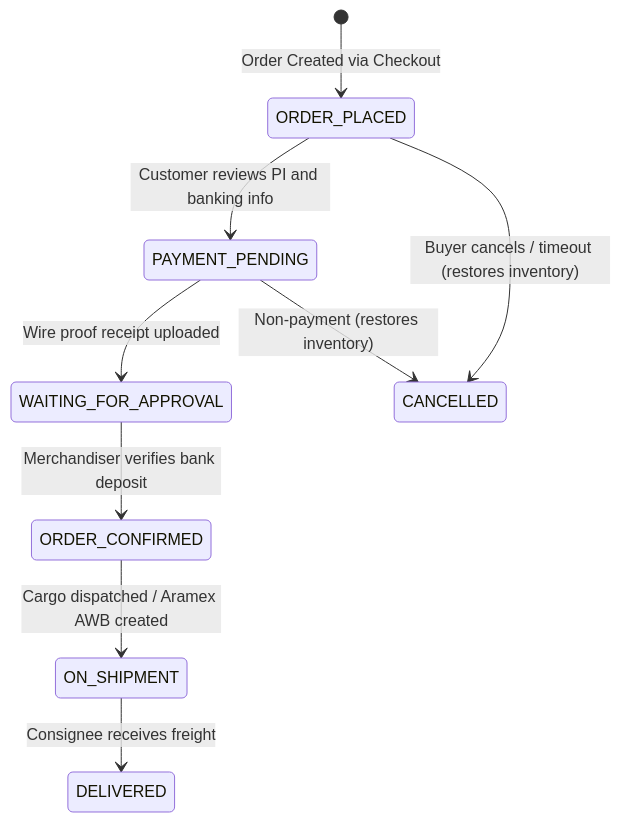
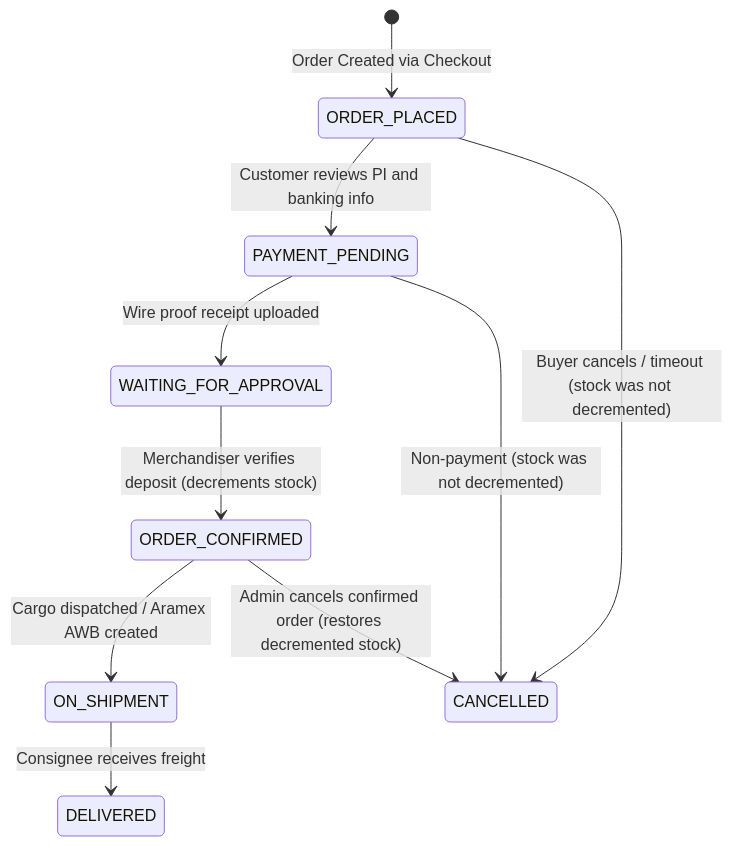
Before and after one commit to labib-0/AYC: the second of 2 diagrams in docs/ORDERS_AND_CHECKOUT.md, drawn with Mermaid. The commit also changed other lines of this file and 15 other files, not shown here.

First line of the commit message:
fix(catalog): reconcile featured products ordering contract with admin sequence

````diff
--- a/docs/ORDERS_AND_CHECKOUT.md
+++ b/docs/ORDERS_AND_CHECKOUT.md
@@ -70,11 +70,12 @@
 ```mermaid
 stateDiagram-v2
     [*] --> ORDER_PLACED: Order Created via Checkout
     ORDER_PLACED --> PAYMENT_PENDING: Customer reviews PI and banking info
     PAYMENT_PENDING --> WAITING_FOR_APPROVAL: Wire proof receipt uploaded
-    WAITING_FOR_APPROVAL --> ORDER_CONFIRMED: Merchandiser verifies bank deposit
+    WAITING_FOR_APPROVAL --> ORDER_CONFIRMED: Merchandiser verifies deposit (decrements stock)
     ORDER_CONFIRMED --> ON_SHIPMENT: Cargo dispatched / Aramex AWB created
     ON_SHIPMENT --> DELIVERED: Consignee receives freight
-    ORDER_PLACED --> CANCELLED: Buyer cancels / timeout (restores inventory)
-    PAYMENT_PENDING --> CANCELLED: Non-payment (restores inventory)
+    ORDER_PLACED --> CANCELLED: Buyer cancels / timeout (stock was not decremented)
+    PAYMENT_PENDING --> CANCELLED: Non-payment (stock was not decremented)
+    ORDER_CONFIRMED --> CANCELLED: Admin cancels confirmed order (restores decremented stock)
 ```
````
